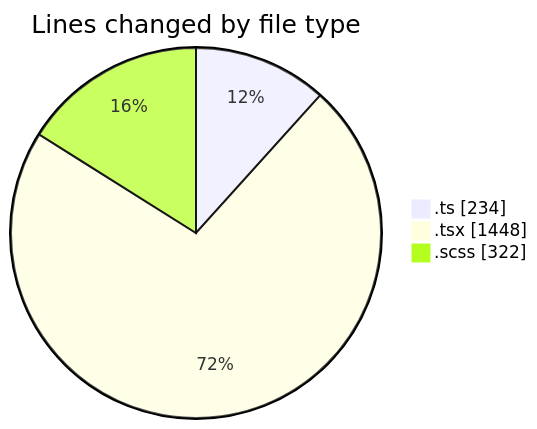
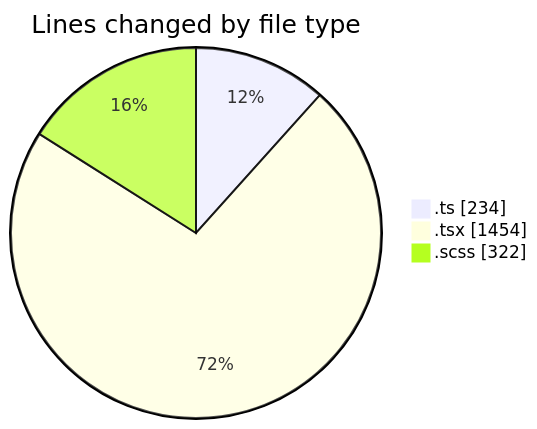
Before and after one commit to momahboobian/code-tracking: the first of 2 diagrams in 2025-05-01/cda/README.md, drawn with Mermaid. The commit also changed other lines of this file and 1 other file, not shown here.

````diff
--- a/2025-05-01/cda/README.md
+++ b/2025-05-01/cda/README.md
@@ -30,7 +30,7 @@
 ```mermaid
 pie showData
 title Lines changed by file type
 ".ts" : 234
-".tsx" : 1448
+".tsx" : 1454
 ".scss" : 322
 ```
````
